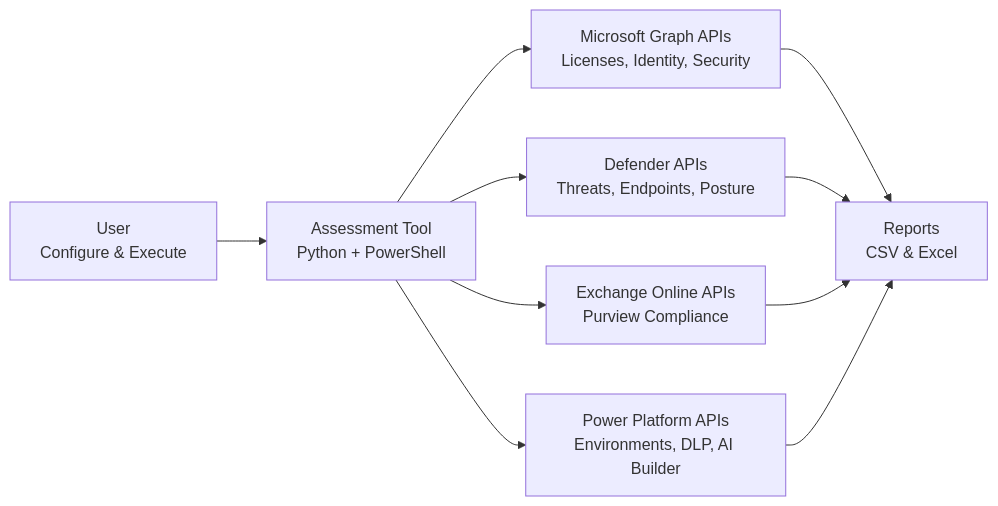
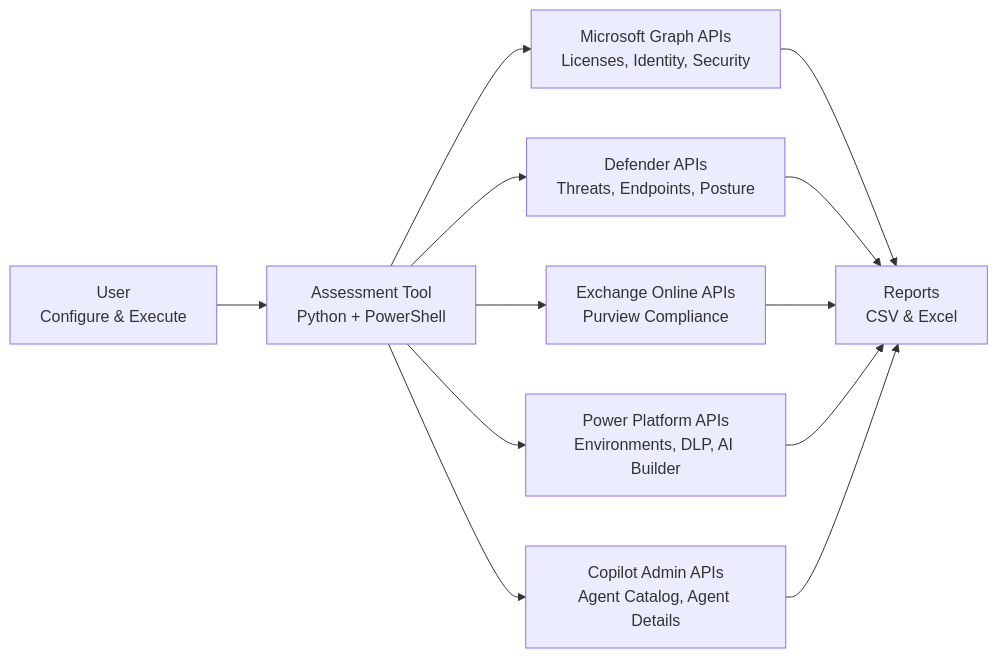
The diagram in README.md (LemhiCo/m365-copilot-automated-readiness-assessment), drawn with Mermaid before and after one commit. The commit also changed other lines of this file and 4 other files, not shown here.

````diff
--- a/README.md
+++ b/README.md
@@ -15,12 +15,14 @@
 ```mermaid
 graph LR
     A[User<br/>Configure & Execute] --> B[Assessment Tool<br/>Python + PowerShell]
     B --> C[Microsoft Graph APIs<br/>Licenses, Identity, Security]
     B --> D[Defender APIs<br/>Threats, Endpoints, Posture]
     B --> E[Exchange Online APIs<br/>Purview Compliance]
     B --> F[Power Platform APIs<br/>Environments, DLP, AI Builder]
+    B --> H[Copilot Admin APIs<br/>Agent Catalog, Agent Details]
     C --> G[Reports<br/>CSV & Excel]
     D --> G
     E --> G
     F --> G
+    H --> G
 ```
````
